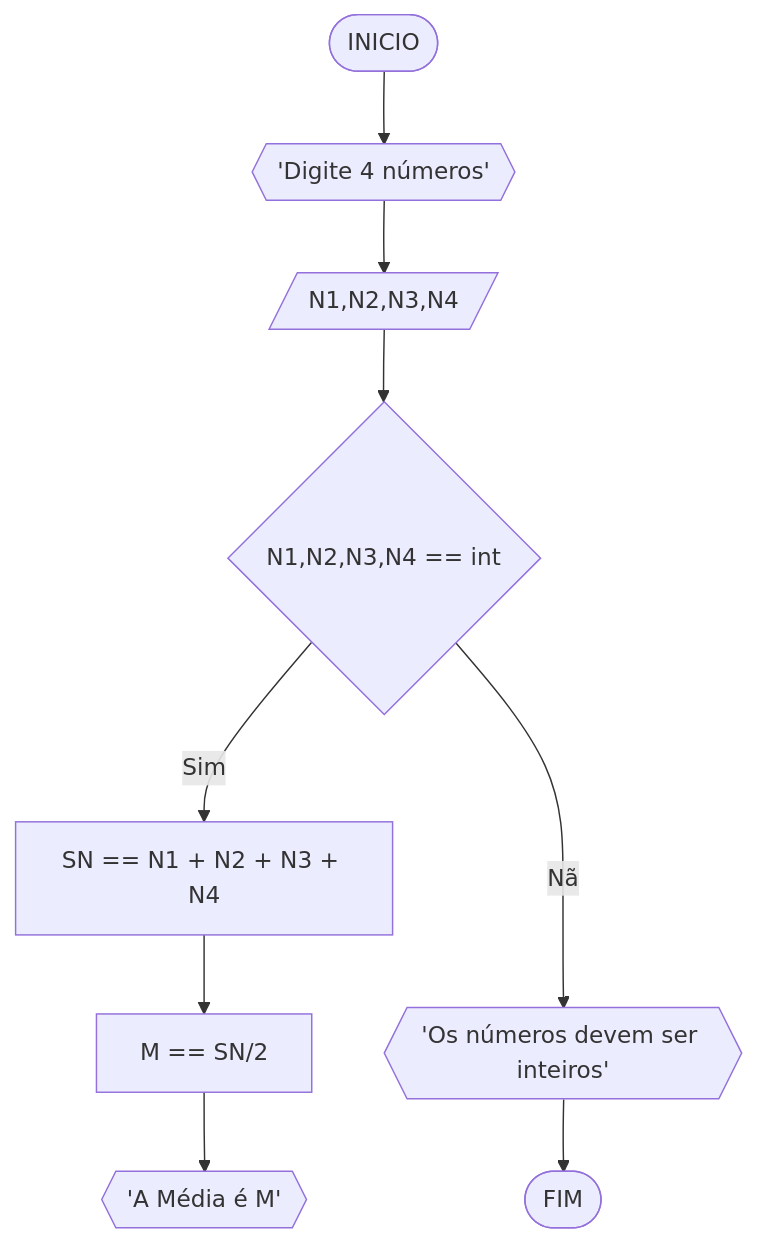
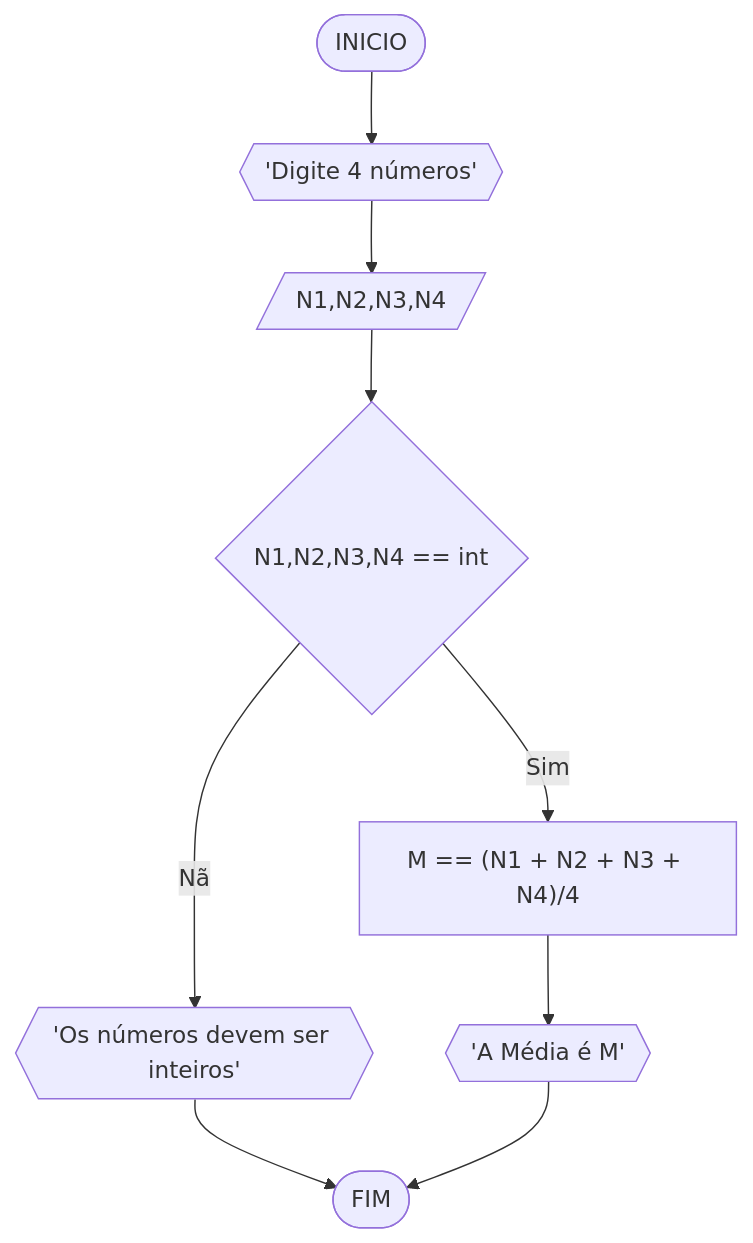
One commit to Riolumnombremasfeo/unifor changed the first of 20 diagrams in RLA/ConteudoPraticoA3RLA.md. Above: the diagram before and after it, drawn with Mermaid.

Commit message:
ConteudoPraticoA3RLA.md

````diff
--- a/RLA/ConteudoPraticoA3RLA.md
+++ b/RLA/ConteudoPraticoA3RLA.md
@@ -4,11 +4,12 @@
 ```mermaid
 flowchart TD
 A([INICIO]) --> B{{'Digite 4 números'}}
 B --> C[/N1,N2,N3,N4/]
 C --> D{N1,N2,N3,N4 == int}
-D --Sim--> E[SN == N1 + N2 + N3 + N4] --> G[M == SN/2]
-G --> H{{'A Média é M'}}
+D --Sim--> E["M == (N1 + N2 + N3 + N4)/4"]
+E --> G{{'A Média é M'}}
 D --Não--> F{{'Os números devem ser inteiros'}} 
 F --> Z([FIM])
+G --> Z
 
 ```
````
